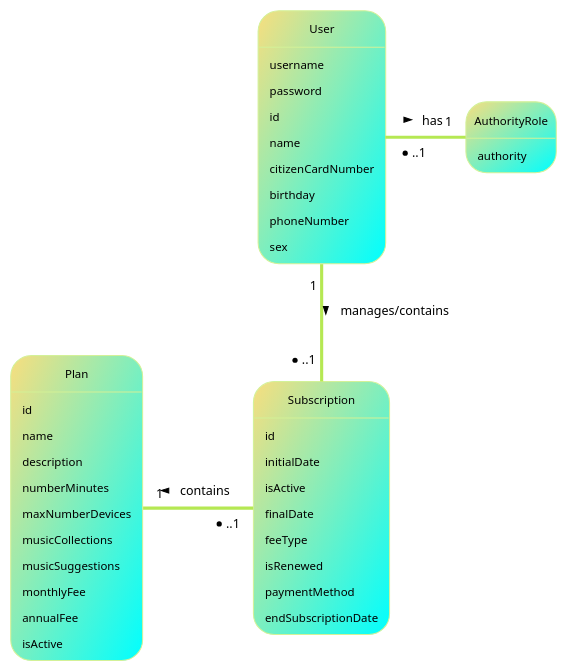
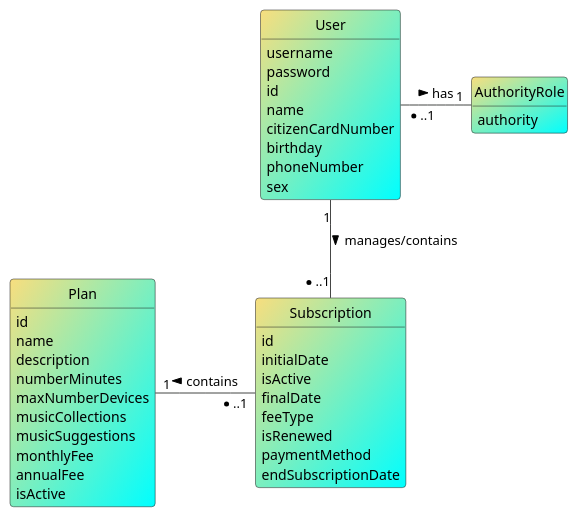
The diagram in sidis-project1-protobuf/docs/DM.puml (tam65r/protobuf-in-REST-aplication), drawn with PlantUML before and after one commit. The commit also changed 27 other files, not shown here.

```diff
--- a/sidis-project1-protobuf/docs/DM.puml
+++ b/sidis-project1-protobuf/docs/DM.puml
@@ -1,60 +1,60 @@
 @startuml
 
 'https://plantuml.com/class-diagram
 skinparam classAttributeIconSize 0
 hide circle
 hide methods
-!theme hacker
+!theme toy
 
-skinparam defaultFontColor Black
+skinparam backgroundColor Transparent
 
 class Plan #F8DE7E/00FFFF{
     id
     name
     description
     numberMinutes
     maxNumberDevices
     musicCollections
     musicSuggestions
     monthlyFee
     annualFee
     isActive
 }
 
 class Subscription #F8DE7E/00FFFF{
     id
     initialDate
     isActive
     finalDate
     feeType
     isRenewed
     paymentMethod
     endSubscriptionDate
 }
 
 
 
 
 class AuthorityRole #F8DE7E/00FFFF{
     authority
 }
 
 class User #F8DE7E/00FFFF{
     username
     password
     id
     name
     citizenCardNumber
     birthday
     phoneNumber
     sex
 }
 
 Plan "1" -right-  "*..1" Subscription:contains <
 
 AuthorityRole "1" -left- "*..1" User:has <
 User "1" -down-  "*..1"Subscription:manages/contains >
 
 
 
 @enduml
```
